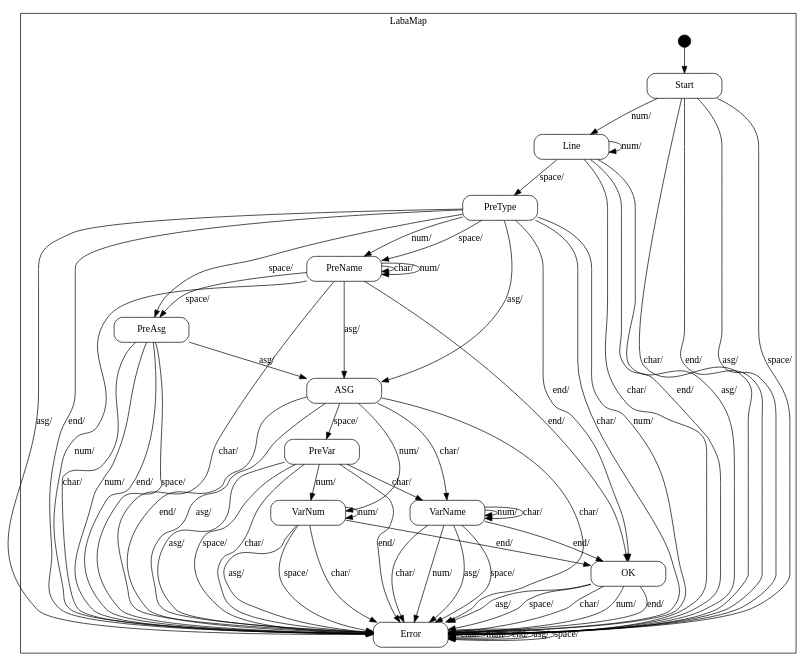
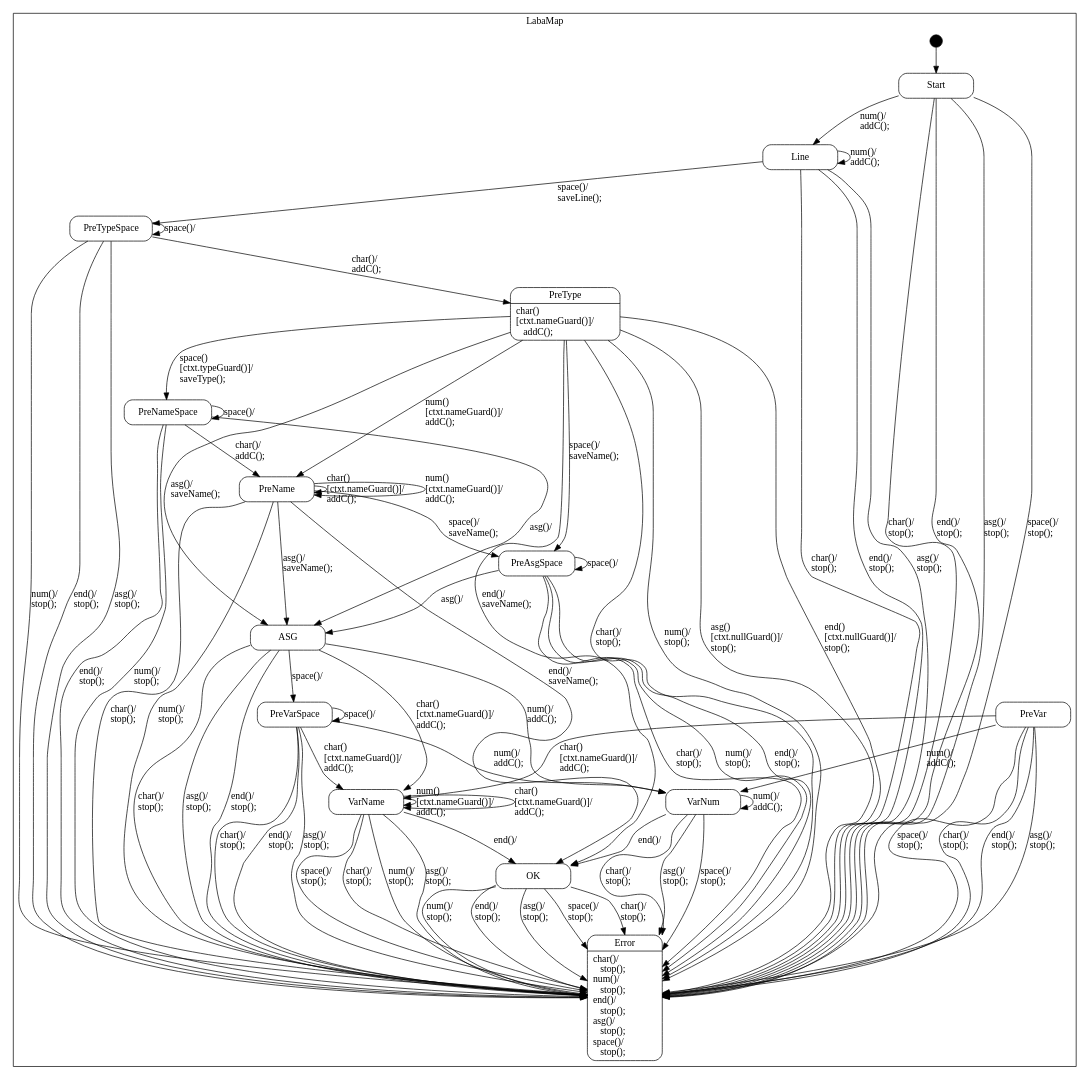
Before and after one commit to KPEdit/AT_lab1: the diagram in laba/utils/laba1_sm.dot, drawn with Graphviz. The commit also changed 20 other files, not shown here.

```diff
--- a/laba/utils/laba1_sm.dot
+++ b/laba/utils/laba1_sm.dot
@@ -17,17 +17,26 @@
         "LabaMap::Line"
             [label="{Line}"];
 
+        "LabaMap::PreTypeSpace"
+            [label="{PreTypeSpace}"];
+
         "LabaMap::PreType"
-            [label="{PreType}"];
+            [label="{PreType|char()\l\[ctxt.nameGuard()\]/\l&nbsp;&nbsp;&nbsp;addC();\l}"];
+
+        "LabaMap::PreNameSpace"
+            [label="{PreNameSpace}"];
 
         "LabaMap::PreName"
             [label="{PreName}"];
 
-        "LabaMap::PreAsg"
-            [label="{PreAsg}"];
+        "LabaMap::PreAsgSpace"
+            [label="{PreAsgSpace}"];
 
         "LabaMap::ASG"
             [label="{ASG}"];
+
+        "LabaMap::PreVarSpace"
+            [label="{PreVarSpace}"];
 
         "LabaMap::PreVar"
             [label="{PreVar}"];
@@ -42,7 +51,7 @@
             [label="{OK}"];
 
         "LabaMap::Error"
-            [label="{Error}"];
+            [label="{Error|char()/\l&nbsp;&nbsp;&nbsp;stop();\lnum()/\l&nbsp;&nbsp;&nbsp;stop();\lend()/\l&nbsp;&nbsp;&nbsp;stop();\lasg()/\l&nbsp;&nbsp;&nbsp;stop();\lspace()/\l&nbsp;&nbsp;&nbsp;stop();\l}"];
 
         "%start"
             [label="" shape=circle style=filled fillcolor=black width=0.25];
@@ -52,199 +61,232 @@
         //
 
         "LabaMap::Start" -> "LabaMap::Line"
-            [label="num/\l"];
+            [label="num()/\laddC();\l"];
 
         "LabaMap::Start" -> "LabaMap::Error"
-            [label="char/\l"];
+            [label="char()/\lstop();\l"];
 
         "LabaMap::Start" -> "LabaMap::Error"
-            [label="end/\l"];
+            [label="end()/\lstop();\l"];
 
         "LabaMap::Start" -> "LabaMap::Error"
-            [label="asg/\l"];
+            [label="asg()/\lstop();\l"];
 
         "LabaMap::Start" -> "LabaMap::Error"
-            [label="space/\l"];
+            [label="space()/\lstop();\l"];
 
         "LabaMap::Line" -> "LabaMap::Line"
-            [label="num/\l"];
+            [label="num()/\laddC();\l"];
 
-        "LabaMap::Line" -> "LabaMap::PreType"
-            [label="space/\l"];
+        "LabaMap::Line" -> "LabaMap::PreTypeSpace"
+            [label="space()/\lsaveLine();\l"];
 
         "LabaMap::Line" -> "LabaMap::Error"
-            [label="char/\l"];
+            [label="char()/\lstop();\l"];
 
         "LabaMap::Line" -> "LabaMap::Error"
-            [label="end/\l"];
+            [label="end()/\lstop();\l"];
 
         "LabaMap::Line" -> "LabaMap::Error"
-            [label="asg/\l"];
+            [label="asg()/\lstop();\l"];
+
+        "LabaMap::PreTypeSpace" -> "LabaMap::PreTypeSpace"
+            [label="space()/\l"];
+
+        "LabaMap::PreTypeSpace" -> "LabaMap::PreType"
+            [label="char()/\laddC();\l"];
+
+        "LabaMap::PreTypeSpace" -> "LabaMap::Error"
+            [label="num()/\lstop();\l"];
+
+        "LabaMap::PreTypeSpace" -> "LabaMap::Error"
+            [label="end()/\lstop();\l"];
+
+        "LabaMap::PreTypeSpace" -> "LabaMap::Error"
+            [label="asg()/\lstop();\l"];
 
         "LabaMap::PreType" -> "LabaMap::PreName"
-            [label="num/\l"];
+            [label="num()\l\[ctxt.nameGuard()\]/\laddC();\l"];
 
-        "LabaMap::PreType" -> "LabaMap::PreName"
-            [label="space/\l"];
+        "LabaMap::PreType" -> "LabaMap::PreNameSpace"
+            [label="space()\l\[ctxt.typeGuard()\]/\lsaveType();\l"];
 
-        "LabaMap::PreType" -> "LabaMap::PreAsg"
-            [label="space/\l"];
+        "LabaMap::PreType" -> "LabaMap::PreAsgSpace"
+            [label="space()/\lsaveName();\l"];
 
         "LabaMap::PreType" -> "LabaMap::Error"
-            [label="asg/\l"];
+            [label="asg()\l\[ctxt.nullGuard()\]/\lstop();\l"];
 
         "LabaMap::PreType" -> "LabaMap::ASG"
-            [label="asg/\l"];
+            [label="asg()/\lsaveName();\l"];
 
         "LabaMap::PreType" -> "LabaMap::Error"
-            [label="end/\l"];
+            [label="end()\l\[ctxt.nullGuard()\]/\lstop();\l"];
 
         "LabaMap::PreType" -> "LabaMap::OK"
-            [label="end/\l"];
+            [label="end()/\lsaveName();\l"];
 
         "LabaMap::PreType" -> "LabaMap::Error"
-            [label="char/\l"];
+            [label="char()/\lstop();\l"];
 
         "LabaMap::PreType" -> "LabaMap::Error"
-            [label="num/\l"];
+            [label="num()/\lstop();\l"];
+
+        "LabaMap::PreNameSpace" -> "LabaMap::PreNameSpace"
+            [label="space()/\l"];
+
+        "LabaMap::PreNameSpace" -> "LabaMap::PreName"
+            [label="char()/\laddC();\l"];
+
+        "LabaMap::PreNameSpace" -> "LabaMap::ASG"
+            [label="asg()/\l"];
+
+        "LabaMap::PreNameSpace" -> "LabaMap::Error"
+            [label="num()/\lstop();\l"];
+
+        "LabaMap::PreNameSpace" -> "LabaMap::Error"
+            [label="end()/\lstop();\l"];
 
         "LabaMap::PreName" -> "LabaMap::OK"
-            [label="end/\l"];
+            [label="end()/\lsaveName();\l"];
 
         "LabaMap::PreName" -> "LabaMap::ASG"
-            [label="asg/\l"];
+            [label="asg()/\lsaveName();\l"];
 
         "LabaMap::PreName" -> "LabaMap::PreName"
-            [label="char/\l"];
+            [label="char()\l\[ctxt.nameGuard()\]/\laddC();\l"];
 
         "LabaMap::PreName" -> "LabaMap::PreName"
-            [label="num/\l"];
+            [label="num()\l\[ctxt.nameGuard()\]/\laddC();\l"];
 
-        "LabaMap::PreName" -> "LabaMap::PreAsg"
-            [label="space/\l"];
+        "LabaMap::PreName" -> "LabaMap::PreAsgSpace"
+            [label="space()/\lsaveName();\l"];
 
         "LabaMap::PreName" -> "LabaMap::Error"
-            [label="char/\l"];
+            [label="char()/\lstop();\l"];
 
         "LabaMap::PreName" -> "LabaMap::Error"
-            [label="num/\l"];
+            [label="num()/\lstop();\l"];
 
-        "LabaMap::PreAsg" -> "LabaMap::ASG"
-            [label="asg/\l"];
+        "LabaMap::PreAsgSpace" -> "LabaMap::PreAsgSpace"
+            [label="space()/\l"];
 
-        "LabaMap::PreAsg" -> "LabaMap::Error"
-            [label="char/\l"];
+        "LabaMap::PreAsgSpace" -> "LabaMap::ASG"
+            [label="asg()/\l"];
 
-        "LabaMap::PreAsg" -> "LabaMap::Error"
-            [label="num/\l"];
+        "LabaMap::PreAsgSpace" -> "LabaMap::Error"
+            [label="char()/\lstop();\l"];
 
-        "LabaMap::PreAsg" -> "LabaMap::Error"
-            [label="end/\l"];
+        "LabaMap::PreAsgSpace" -> "LabaMap::Error"
+            [label="num()/\lstop();\l"];
 
-        "LabaMap::PreAsg" -> "LabaMap::Error"
-            [label="space/\l"];
+        "LabaMap::PreAsgSpace" -> "LabaMap::Error"
+            [label="end()/\lstop();\l"];
 
-        "LabaMap::ASG" -> "LabaMap::PreVar"
-            [label="space/\l"];
+        "LabaMap::ASG" -> "LabaMap::PreVarSpace"
+            [label="space()/\l"];
 
         "LabaMap::ASG" -> "LabaMap::VarNum"
-            [label="num/\l"];
+            [label="num()/\laddC();\l"];
 
         "LabaMap::ASG" -> "LabaMap::VarName"
-            [label="char/\l"];
+            [label="char()\l\[ctxt.nameGuard()\]/\laddC();\l"];
 
         "LabaMap::ASG" -> "LabaMap::Error"
-            [label="char/\l"];
+            [label="char()/\lstop();\l"];
 
         "LabaMap::ASG" -> "LabaMap::Error"
-            [label="end/\l"];
+            [label="end()/\lstop();\l"];
 
         "LabaMap::ASG" -> "LabaMap::Error"
-            [label="asg/\l"];
+            [label="asg()/\lstop();\l"];
+
+        "LabaMap::PreVarSpace" -> "LabaMap::PreVarSpace"
+            [label="space()/\l"];
+
+        "LabaMap::PreVarSpace" -> "LabaMap::VarName"
+            [label="char()\l\[ctxt.nameGuard()\]/\laddC();\l"];
+
+        "LabaMap::PreVarSpace" -> "LabaMap::VarNum"
+            [label="num()/\laddC();\l"];
+
+        "LabaMap::PreVarSpace" -> "LabaMap::Error"
+            [label="char()/\lstop();\l"];
+
+        "LabaMap::PreVarSpace" -> "LabaMap::Error"
+            [label="end()/\lstop();\l"];
+
+        "LabaMap::PreVarSpace" -> "LabaMap::Error"
+            [label="asg()/\lstop();\l"];
 
         "LabaMap::PreVar" -> "LabaMap::VarNum"
-            [label="num/\l"];
+            [label="num()/\laddC();\l"];
 
         "LabaMap::PreVar" -> "LabaMap::VarName"
-            [label="char/\l"];
+            [label="char()\l\[ctxt.nameGuard()\]/\laddC();\l"];
 
         "LabaMap::PreVar" -> "LabaMap::Error"
-            [label="char/\l"];
+            [label="char()/\lstop();\l"];
 
         "LabaMap::PreVar" -> "LabaMap::Error"
-            [label="end/\l"];
+            [label="end()/\lstop();\l"];
 
         "LabaMap::PreVar" -> "LabaMap::Error"
-            [label="asg/\l"];
+            [label="asg()/\lstop();\l"];
 
         "LabaMap::PreVar" -> "LabaMap::Error"
-            [label="space/\l"];
+            [label="space()/\lstop();\l"];
 
         "LabaMap::VarNum" -> "LabaMap::VarNum"
-            [label="num/\l"];
+            [label="num()/\laddC();\l"];
 
         "LabaMap::VarNum" -> "LabaMap::OK"
-            [label="end/\l"];
+            [label="end()/\l"];
 
         "LabaMap::VarNum" -> "LabaMap::Error"
-            [label="char/\l"];
+            [label="char()/\lstop();\l"];
 
         "LabaMap::VarNum" -> "LabaMap::Error"
-            [label="asg/\l"];
+            [label="asg()/\lstop();\l"];
 
         "LabaMap::VarNum" -> "LabaMap::Error"
-            [label="space/\l"];
+            [label="space()/\lstop();\l"];
 
         "LabaMap::VarName" -> "LabaMap::VarName"
-            [label="num/\l"];
+            [label="num()\l\[ctxt.nameGuard()\]/\laddC();\l"];
 
         "LabaMap::VarName" -> "LabaMap::VarName"
-            [label="char/\l"];
+            [label="char()\l\[ctxt.nameGuard()\]/\laddC();\l"];
 
         "LabaMap::VarName" -> "LabaMap::OK"
-            [label="end/\l"];
+            [label="end()/\l"];
 
         "LabaMap::VarName" -> "LabaMap::Error"
-            [label="char/\l"];
+            [label="char()/\lstop();\l"];
 
         "LabaMap::VarName" -> "LabaMap::Error"
-            [label="num/\l"];
+            [label="num()/\lstop();\l"];
 
         "LabaMap::VarName" -> "LabaMap::Error"
-            [label="asg/\l"];
+            [label="asg()/\lstop();\l"];
 
         "LabaMap::VarName" -> "LabaMap::Error"
-            [label="space/\l"];
+            [label="space()/\lstop();\l"];
 
         "LabaMap::OK" -> "LabaMap::Error"
-            [label="char/\l"];
+            [label="char()/\lstop();\l"];
 
         "LabaMap::OK" -> "LabaMap::Error"
-            [label="num/\l"];
+            [label="num()/\lstop();\l"];
 
         "LabaMap::OK" -> "LabaMap::Error"
-            [label="end/\l"];
+            [label="end()/\lstop();\l"];
 
         "LabaMap::OK" -> "LabaMap::Error"
-            [label="asg/\l"];
+            [label="asg()/\lstop();\l"];
 
         "LabaMap::OK" -> "LabaMap::Error"
-            [label="space/\l"];
-
-        "LabaMap::Error" -> "LabaMap::Error"
-            [label="char/\l"];
-
-        "LabaMap::Error" -> "LabaMap::Error"
-            [label="num/\l"];
-
-        "LabaMap::Error" -> "LabaMap::Error"
-            [label="end/\l"];
-
-        "LabaMap::Error" -> "LabaMap::Error"
-            [label="asg/\l"];
-
-        "LabaMap::Error" -> "LabaMap::Error"
-            [label="space/\l"];
+            [label="space()/\lstop();\l"];
 
         "%start" -> "LabaMap::Start"
     }
```
